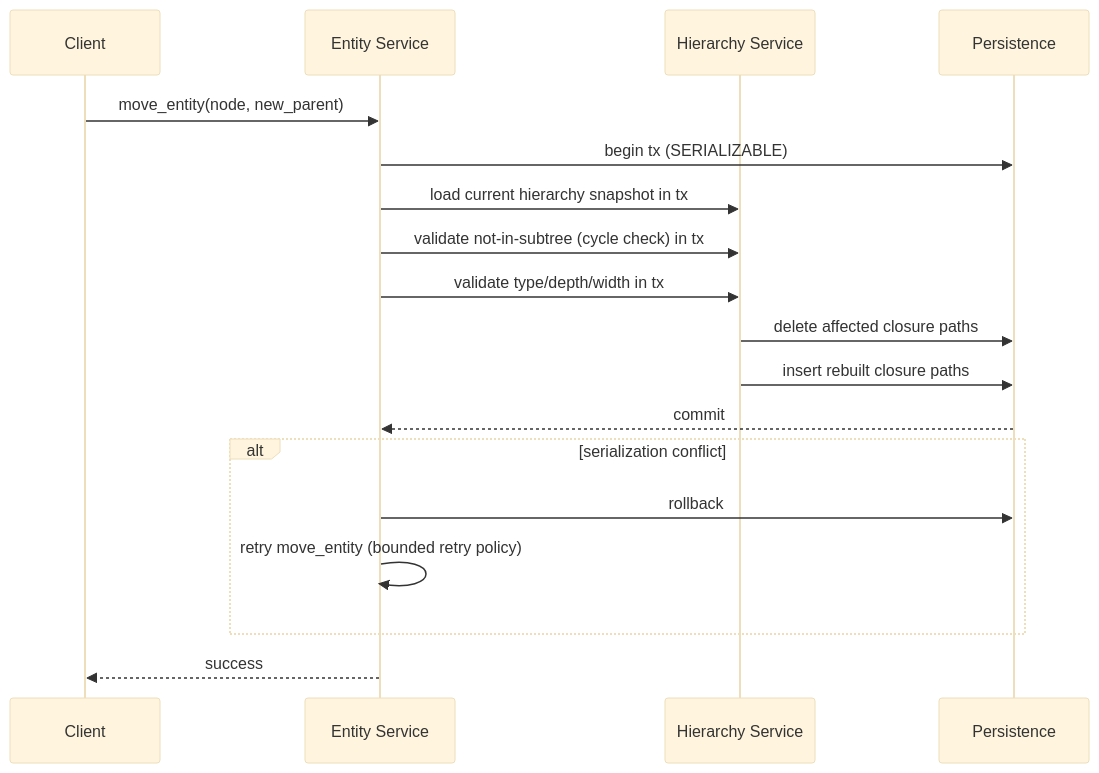
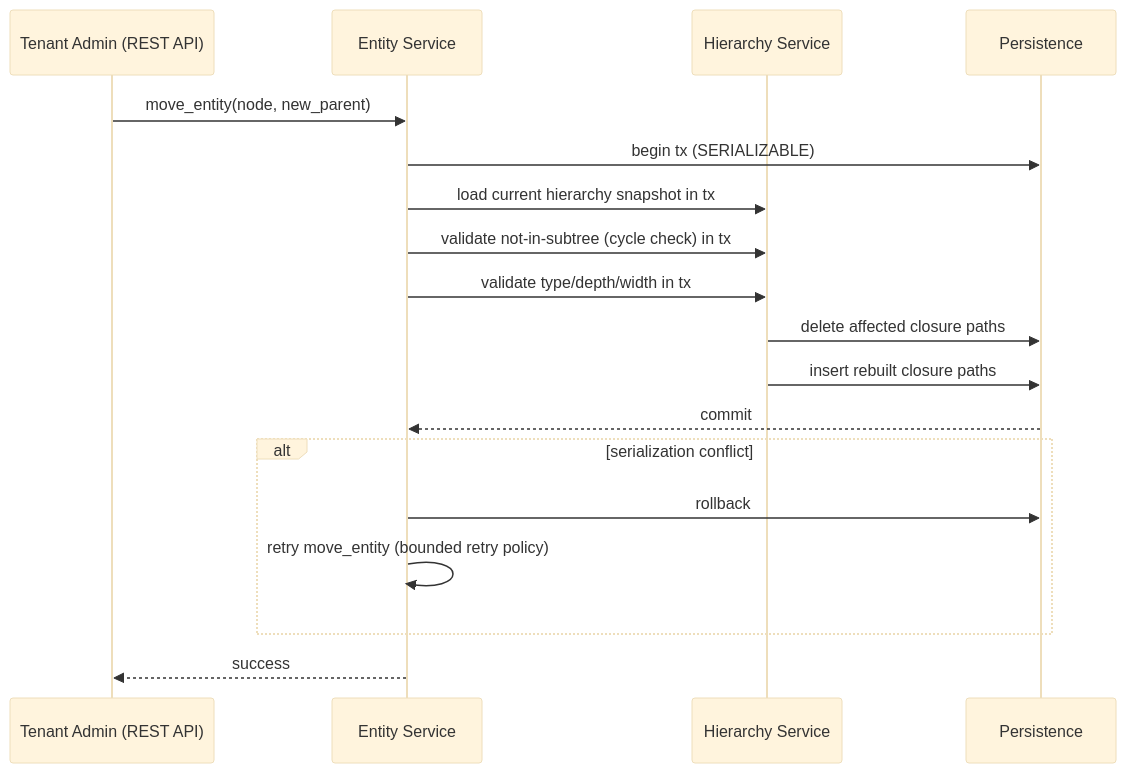
One commit to ffedoroff/cyberfabric-core changed the third of 8 diagrams in modules/system/resource-group/docs/DESIGN.md. Above: the diagram before and after it, drawn with Mermaid (base theme). The commit also changed other lines of this file and 1 other file, not shown here.

````diff
--- a/modules/system/resource-group/docs/DESIGN.md
+++ b/modules/system/resource-group/docs/DESIGN.md
@@ -900,21 +904,21 @@
 ```mermaid
 sequenceDiagram
-    participant CL as Client
+    participant TA as Tenant Admin (REST API)
     participant ES as Entity Service
     participant HS as Hierarchy Service
     participant DB as Persistence
 
-    CL->>ES: move_entity(node, new_parent)
+    TA->>ES: move_entity(node, new_parent)
     ES->>DB: begin tx (SERIALIZABLE)
     ES->>HS: load current hierarchy snapshot in tx
     ES->>HS: validate not-in-subtree (cycle check) in tx
     ES->>HS: validate type/depth/width in tx
     HS->>DB: delete affected closure paths
     HS->>DB: insert rebuilt closure paths
     DB-->>ES: commit
     alt serialization conflict
         ES->>DB: rollback
         ES->>ES: retry move_entity (bounded retry policy)
     end
-    ES-->>CL: success
+    ES-->>TA: success
 ```
````
